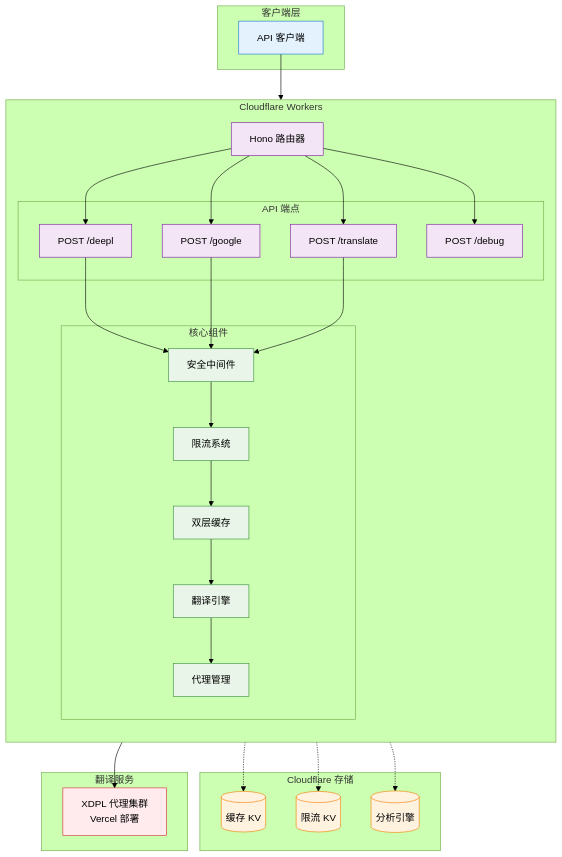
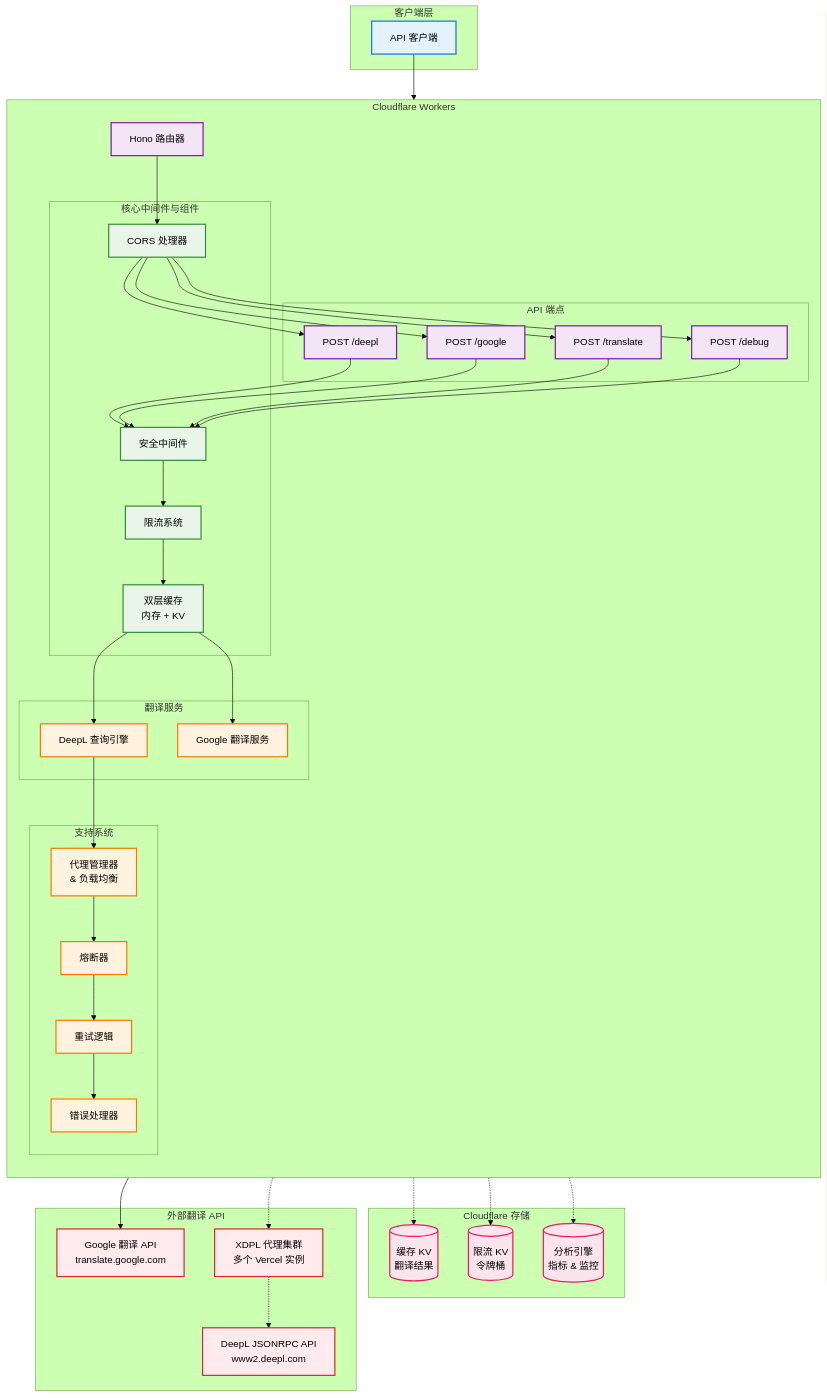
The diagram in README.zh.md (zbf1009/deeplx), drawn with Mermaid (forest theme) before and after one commit. The commit also changed other lines of this file and 1 other file, not shown here.

Commit message:
Update architecture diagrams and example headings in README
Enhanced the architecture diagrams in both English and Chinese README files for clarity, adding more detailed components and improved flow. Updated example section headings for translation usage in JavaScript and Python to be more descriptive and consistent.

````diff
--- a/README.zh.md
+++ b/README.zh.md
@@ -82,58 +82,87 @@
             Debug[POST /debug]
         end
         
-        subgraph "核心组件"
+        subgraph "核心中间件与组件"
+            CORS[CORS 处理器]
             Security[安全中间件]
             RateLimit[限流系统]
-            Cache[双层缓存]
-            Query[翻译引擎]
-            Proxy[代理管理]
+            Cache[双层缓存<br/>内存 + KV]
+        end
+        
+        subgraph "翻译服务"
+            QueryEngine[DeepL 查询引擎]
+            GoogleService[Google 翻译服务]
+        end
+        
+        subgraph "支持系统"
+            ProxyManager[代理管理器<br/>& 负载均衡]
+            CircuitBreaker[熔断器]
+            RetryLogic[重试逻辑]
+            ErrorHandler[错误处理器]
         end
     end
 
     %% 存储层
     subgraph "Cloudflare 存储"
-        CacheKV[(缓存 KV)]
-        RateLimitKV[(限流 KV)]
-        Analytics[(分析引擎)]
+        CacheKV[(缓存 KV<br/>翻译结果)]
+        RateLimitKV[(限流 KV<br/>令牌桶)]
+        Analytics[(分析引擎<br/>指标 & 监控)]
     end
 
     %% 外部服务
-    subgraph "翻译服务"
-        XDPL[XDPL 代理集群<br/>Vercel 部署]
+    subgraph "外部翻译 API"
+        DeepLAPI[DeepL JSONRPC API<br/>www2.deepl.com]
+        GoogleAPI[Google 翻译 API<br/>translate.google.com]
+        XDPL[XDPL 代理集群<br/>多个 Vercel 实例]
     end
 
-    %% 连接关系
+    %% 请求流连接
     Client --> Router
-    Router --> DeepL
-    Router --> Google
-    Router --> Translate
-    Router --> Debug
+    Router --> CORS
+    CORS --> DeepL
+    CORS --> Google
+    CORS --> Translate
+    CORS --> Debug
     
     DeepL --> Security
     Google --> Security
     Translate --> Security
+    Debug --> Security
+    
     Security --> RateLimit
     RateLimit --> Cache
-    Cache --> Query
-    Query --> Proxy
     
+    Cache --> QueryEngine
+    Cache --> GoogleService
+    
+    QueryEngine --> ProxyManager
+    GoogleService --> GoogleAPI
+    
+    ProxyManager --> CircuitBreaker
+    CircuitBreaker --> RetryLogic
+    RetryLogic --> ErrorHandler
+    
+    %% 外部 API 连接
+    ProxyManager -.-> XDPL
+    XDPL -.-> DeepLAPI
+    
+    %% 存储连接
     Cache -.-> CacheKV
     RateLimit -.-> RateLimitKV
-    Query -.-> Analytics
-    
-    Proxy --> XDPL
+    Router -.-> Analytics
 
     %% 样式
-    classDef clientClass fill:#e3f2fd,stroke:#1976d2
-    classDef workerClass fill:#f3e5f5,stroke:#7b1fa2
-    classDef coreClass fill:#e8f5e8,stroke:#388e3c
-    classDef storageClass fill:#fff3e0,stroke:#f57c00
-    classDef externalClass fill:#ffebee,stroke:#d32f2f
+    classDef clientClass fill:#e3f2fd,stroke:#1976d2,stroke-width:2px
+    classDef workerClass fill:#f3e5f5,stroke:#7b1fa2,stroke-width:2px
+    classDef middlewareClass fill:#e8f5e8,stroke:#388e3c,stroke-width:2px
+    classDef serviceClass fill:#fff3e0,stroke:#f57c00,stroke-width:2px
+    classDef storageClass fill:#fce4ec,stroke:#e91e63,stroke-width:2px
+    classDef externalClass fill:#ffebee,stroke:#d32f2f,stroke-width:2px
 
     class Client clientClass
     class Router,DeepL,Google,Translate,Debug workerClass
-    class Security,RateLimit,Cache,Query,Proxy coreClass
+    class CORS,Security,RateLimit,Cache middlewareClass
+    class QueryEngine,GoogleService,ProxyManager,CircuitBreaker,RetryLogic,ErrorHandler serviceClass
     class CacheKV,RateLimitKV,Analytics storageClass
-    class XDPL externalClass
+    class DeepLAPI,GoogleAPI,XDPL externalClass
 ```
````
